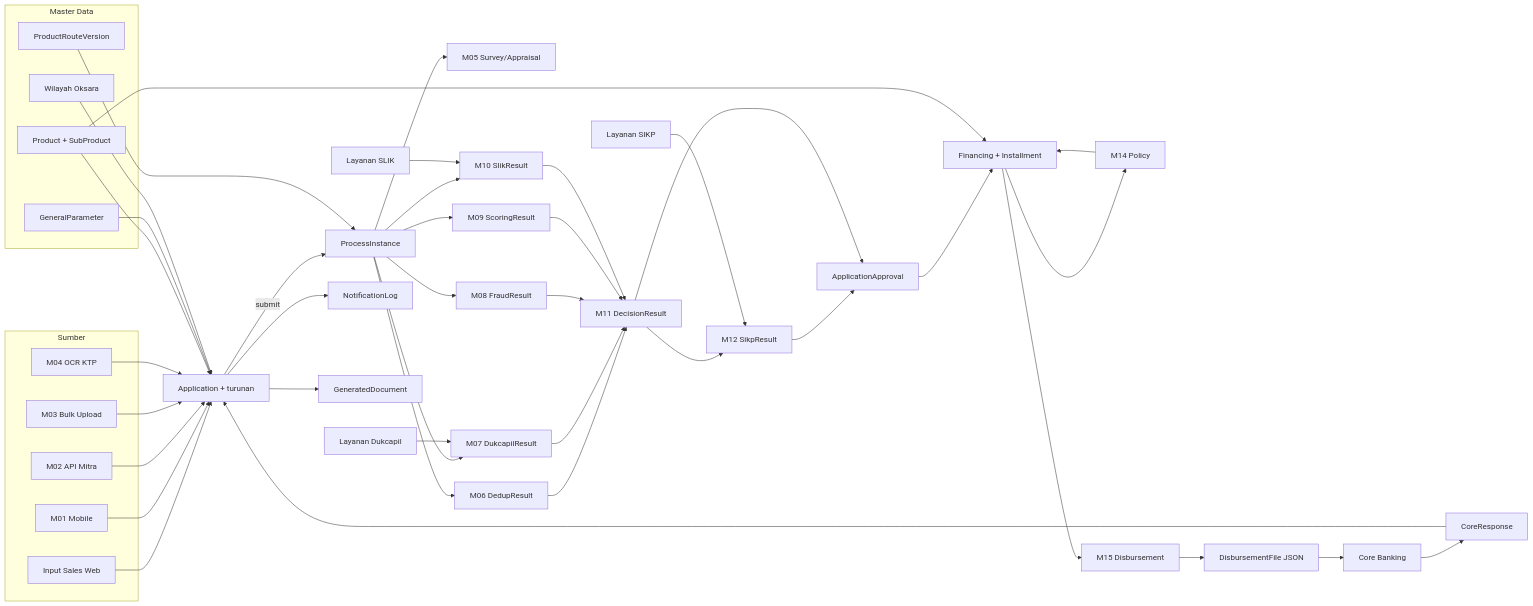
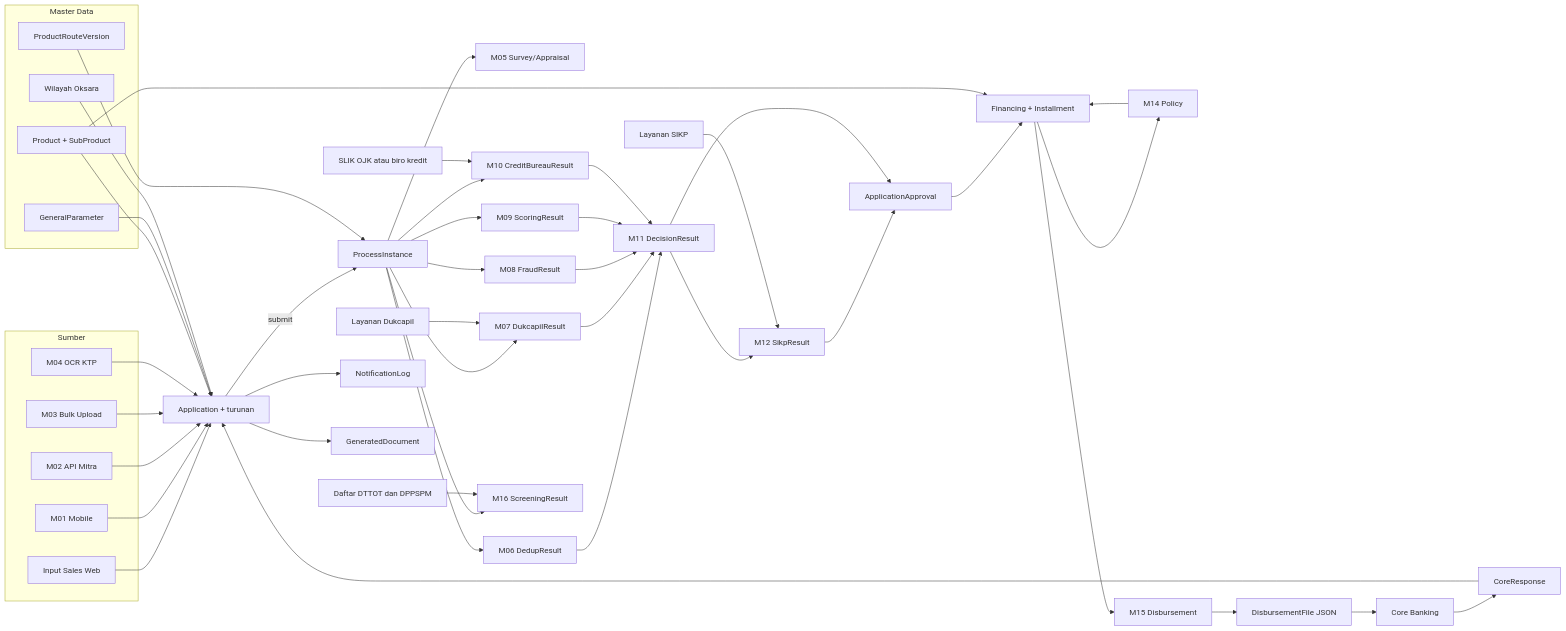
Before and after one commit to PT-Perkasa-Pilar-Utama/cikal: the diagram in Docs/ba/data-lineage.md, drawn with Mermaid. The commit also changed other lines of this file and 3 other files, not shown here.

First line of the commit message:
docs: add integration adapter architecture and configurable rules

````diff
--- a/Docs/ba/data-lineage.md
+++ b/Docs/ba/data-lineage.md
@@ -12,55 +12,57 @@
 ```mermaid
 flowchart LR
     subgraph IN[Sumber]
         W[Input Sales Web]
         MB[M01 Mobile]
         API[M02 API Mitra]
         UP[M03 Bulk Upload]
         OCR[M04 OCR KTP]
     end
     subgraph MASTER[Master Data]
         PR[Product + SubProduct]
         RT[ProductRouteVersion]
         GP[GeneralParameter]
         WIL[Wilayah Oksara]
     end
     APP[Application + turunan]
     W --> APP
     MB --> APP
     API --> APP
     UP --> APP
     OCR --> APP
     PR --> APP
     GP --> APP
     WIL --> APP
     APP -->|submit| PI[ProcessInstance]
     RT --> PI
     PI --> SV[M05 Survey/Appraisal]
     PI --> DD[M06 DedupResult]
     PI --> DK[M07 DukcapilResult]
     PI --> FR[M08 FraudResult]
     PI --> SC[M09 ScoringResult]
-    PI --> SL[M10 SlikResult]
+    PI --> SL[M10 CreditBureauResult]
+    PI --> NS[M16 ScreeningResult]
     DKX[Layanan Dukcapil] --> DK
-    SLX[Layanan SLIK] --> SL
+    SLX[SLIK OJK atau biro kredit] --> SL
+    NSX[Daftar DTTOT dan DPPSPM] --> NS
     DD --> DE[M11 DecisionResult]
     DK --> DE
     FR --> DE
     SC --> DE
     SL --> DE
     DE --> SK[M12 SikpResult]
     SKX[Layanan SIKP] --> SK
     SK --> AP[ApplicationApproval]
     DE --> AP
     AP --> FN[Financing + Installment]
     PR --> FN
     FN --> PO[M14 Policy]
     PO --> FN
     FN --> DS[M15 Disbursement]
     DS --> DF[DisbursementFile JSON]
     DF --> CORE[Core Banking]
     CORE --> CR[CoreResponse]
     CR --> APP
     APP --> NT[NotificationLog]
     APP --> GD[GeneratedDocument]
 ```
````
